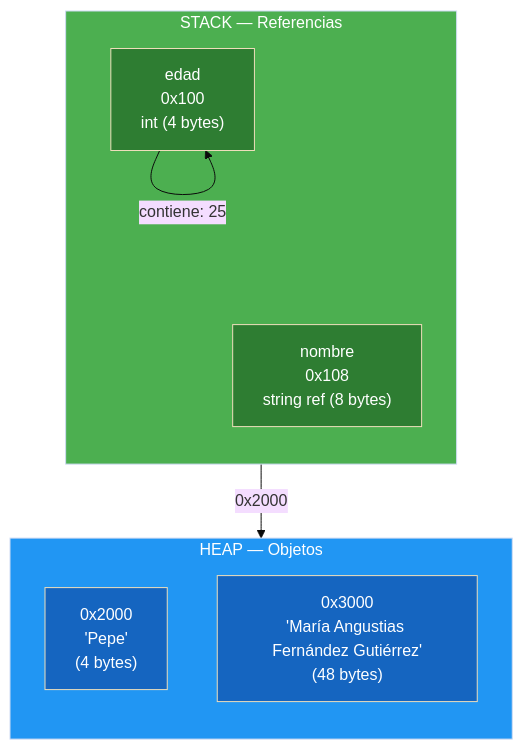
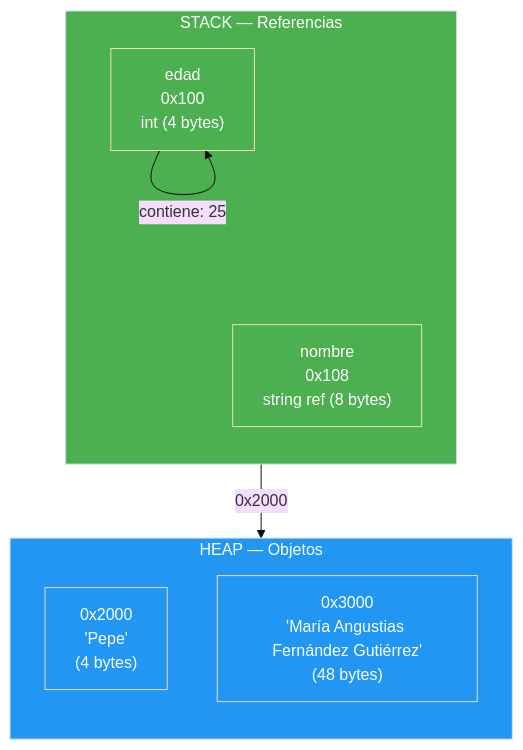
One commit to joseluisgs/Programacion-01-2026-2027 changed the fifth of 6 diagrams in 05-tipos-datos.md. Above: the diagram before and after it, drawn with Mermaid (base theme). The commit also changed other lines of this file and 10 other files, not shown here.

````diff
--- a/05-tipos-datos.md
+++ b/05-tipos-datos.md
@@ -565,21 +565,21 @@
 ```mermaid
 graph TB
     subgraph STACK ["STACK — Referencias"]
         direction TB
         EDAD["edad<br/>0x100<br/>int (4 bytes)"]
         NOMBRE["nombre<br/>0x108<br/>string ref (8 bytes)"]
     end
     subgraph HEAP ["HEAP — Objetos"]
         direction TB
         OBJ1["0x2000<br/>'Pepe'<br/>(4 bytes)"]
         OBJ2["0x3000<br/>'María Angustias Fernández Gutiérrez'<br/>(48 bytes)"]
     end
     EDAD -->|"contiene: 25"| EDAD
     NOMBRE -->|"0x2000"| OBJ1
     style STACK fill:#4CAF50,color:#fff
     style HEAP fill:#2196F3,color:#fff
-    style EDAD fill:#2E7D32,color:#fff
-    style NOMBRE fill:#2E7D32,color:#fff
-    style OBJ1 fill:#1565C0,color:#fff
-    style OBJ2 fill:#1565C0,color:#fff
+style EDAD fill:#4CAF50,color:#fff
+  style NOMBRE fill:#4CAF50,color:#fff
+  style OBJ1 fill:#2196F3,color:#fff
+  style OBJ2 fill:#2196F3,color:#fff
 ```
````
